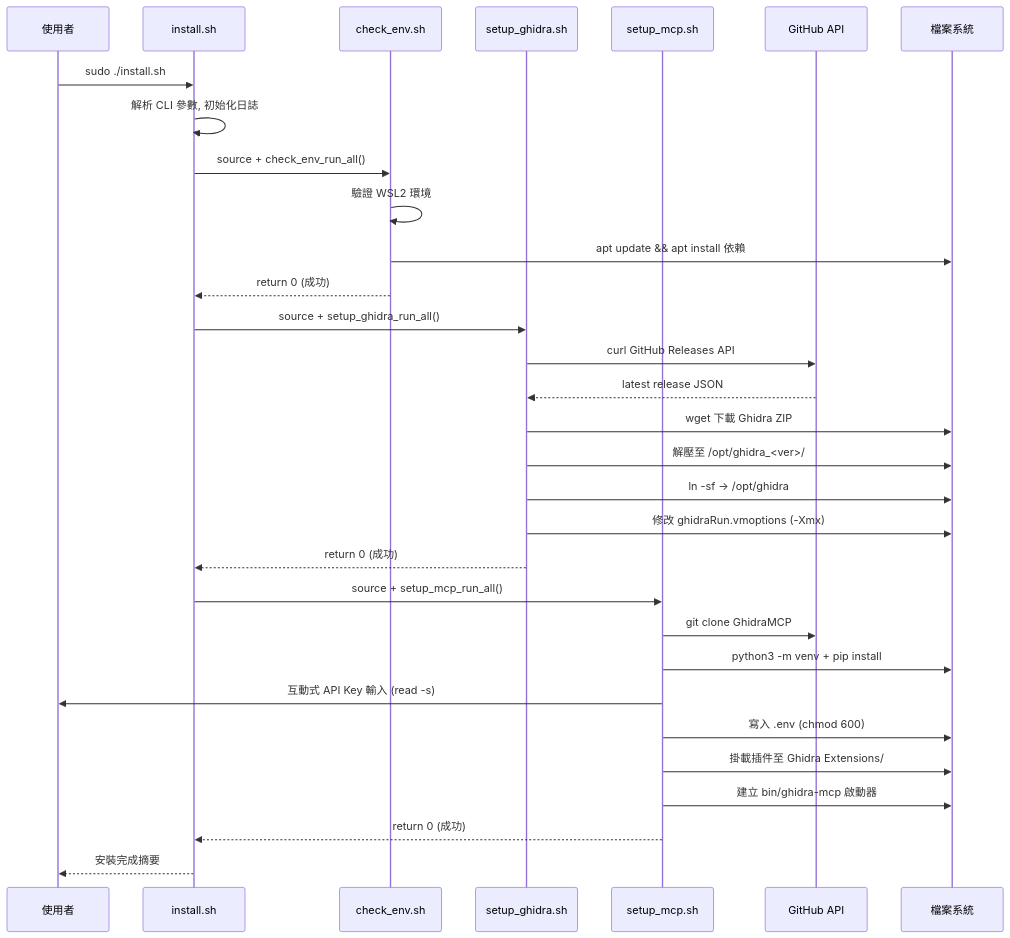
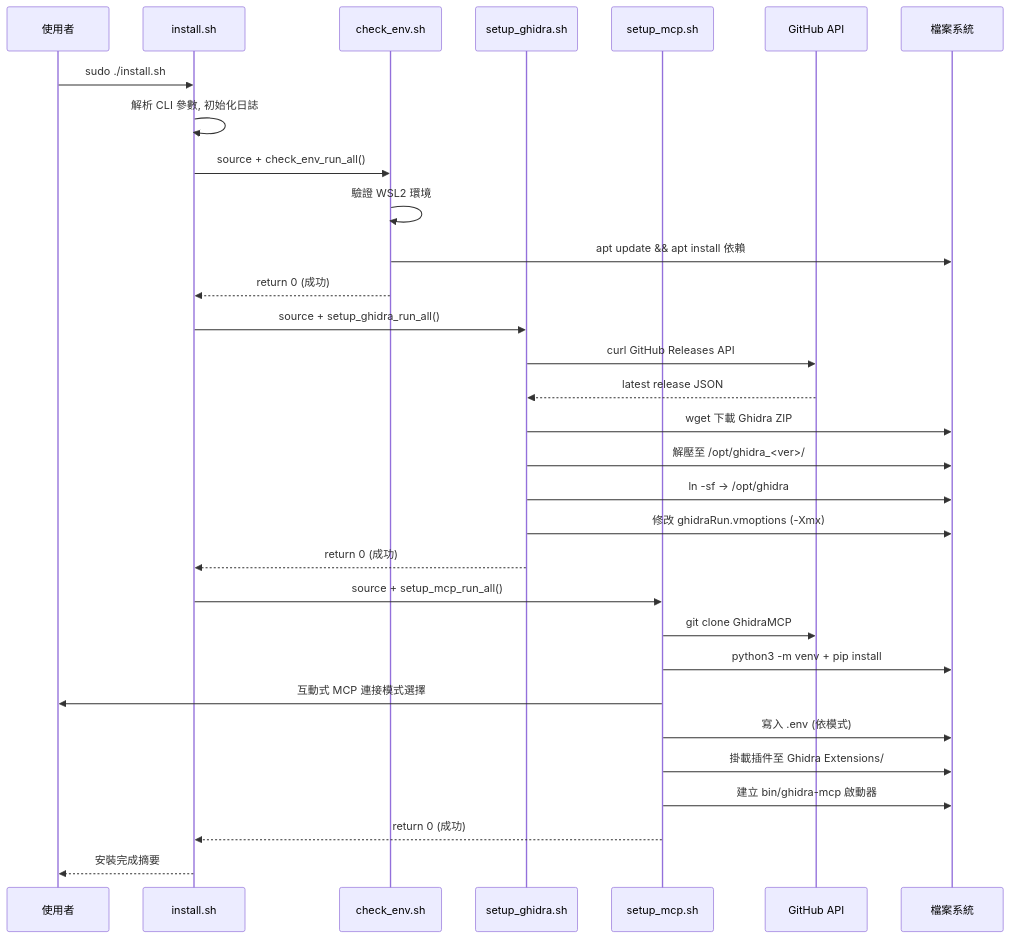
Before and after one commit to astroicers/Ghidra-MCP-WSL-Auto: the second of 2 diagrams in docs/architecture.md, drawn with Mermaid. The commit also changed other lines of this file and 12 other files, not shown here.

First line of the commit message:
feat: dual-mode MCP connection — Claude Code CLI (recommended) + API Key

````diff
--- a/docs/architecture.md
+++ b/docs/architecture.md
@@ -60,37 +60,37 @@
 ```mermaid
 sequenceDiagram
     participant U as 使用者
     participant M as install.sh
     participant CE as check_env.sh
     participant SG as setup_ghidra.sh
     participant SM as setup_mcp.sh
     participant GH as GitHub API
     participant FS as 檔案系統
 
     U->>M: sudo ./install.sh
     M->>M: 解析 CLI 參數, 初始化日誌
     M->>CE: source + check_env_run_all()
     CE->>CE: 驗證 WSL2 環境
     CE->>FS: apt update && apt install 依賴
     CE-->>M: return 0 (成功)
 
     M->>SG: source + setup_ghidra_run_all()
     SG->>GH: curl GitHub Releases API
     GH-->>SG: latest release JSON
     SG->>FS: wget 下載 Ghidra ZIP
     SG->>FS: 解壓至 /opt/ghidra_<ver>/
     SG->>FS: ln -sf → /opt/ghidra
     SG->>FS: 修改 ghidraRun.vmoptions (-Xmx)
     SG-->>M: return 0 (成功)
 
     M->>SM: source + setup_mcp_run_all()
     SM->>GH: git clone GhidraMCP
     SM->>FS: python3 -m venv + pip install
-    SM->>U: 互動式 API Key 輸入 (read -s)
-    SM->>FS: 寫入 .env (chmod 600)
+    SM->>U: 互動式 MCP 連接模式選擇
+    SM->>FS: 寫入 .env (依模式)
     SM->>FS: 掛載插件至 Ghidra Extensions/
     SM->>FS: 建立 bin/ghidra-mcp 啟動器
     SM-->>M: return 0 (成功)
 
     M-->>U: 安裝完成摘要
 ```
````
